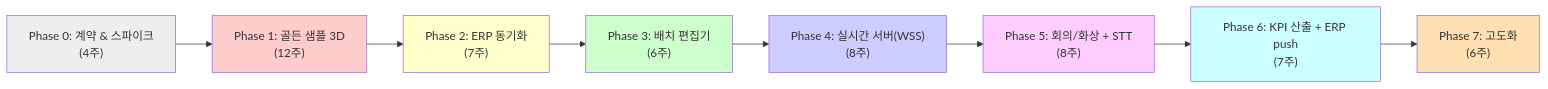
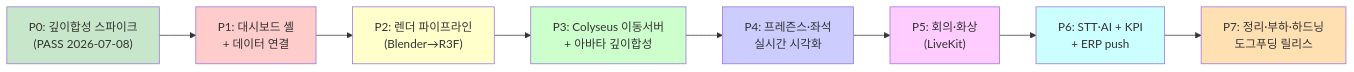
One commit to choiwjun/virtualoffice_new changed the diagram in docs/planning/10-roadmap.md. Above: the diagram before and after it, drawn with Mermaid. The commit also changed other lines of this file and 739 other files, not shown here.

````diff
--- a/docs/planning/10-roadmap.md
+++ b/docs/planning/10-roadmap.md
@@ -1034,19 +1101,19 @@
 ```mermaid
 graph LR
-    P0["Phase 0: 계약 & 스파이크<br/>(4주)"] --> P1["Phase 1: 골든 샘플 3D<br/>(12주)"]
-    P1 --> P2["Phase 2: ERP 동기화<br/>(7주)"]
-    P2 --> P3["Phase 3: 배치 편집기<br/>(6주)"]
-    P3 --> P4["Phase 4: 실시간 서버(WSS)<br/>(8주)"]
-    P4 --> P5["Phase 5: 회의/화상 + STT<br/>(8주)"]
-    P5 --> P6["Phase 6: KPI 산출 + ERP push<br/>(7주)"]
-    P6 --> P7["Phase 7: 고도화<br/>(6주)"]
+    P0["P0: 깊이합성 스파이크<br/>(PASS 2026-07-08)"] --> P1["P1: 대시보드 셸<br/>+ 데이터 연결"]
+    P1 --> P2["P2: 렌더 파이프라인<br/>(Blender→R3F)"]
+    P2 --> P3["P3: Colyseus 이동서버<br/>+ 아바타 깊이합성"]
+    P3 --> P4["P4: 프레즌스·좌석<br/>실시간 시각화"]
+    P4 --> P5["P5: 회의·화상<br/>(LiveKit)"]
+    P5 --> P6["P6: STT·AI + KPI<br/>+ ERP push"]
+    P6 --> P7["P7: 정리·부하·하드닝<br/>도그푸딩 릴리스"]
 
-    style P0 fill:#eeeeee
+    style P0 fill:#c8e6c9
     style P1 fill:#ffcccc
     style P2 fill:#ffffcc
     style P3 fill:#ccffcc
     style P4 fill:#ccccff
     style P5 fill:#ffccff
     style P6 fill:#ccffff
     style P7 fill:#ffe0b2
 ```
````
